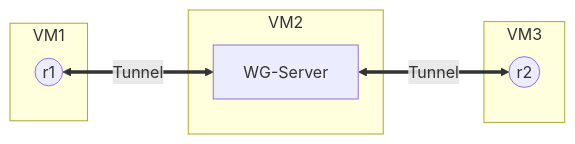
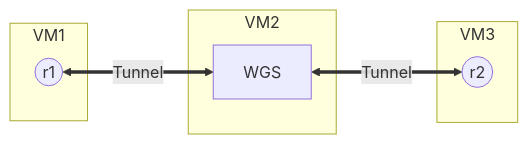
One commit to edgardcunha/freeRouter changed the diagram in wireguard/02/README.md. Above: the diagram before and after it, drawn with Mermaid.

````diff
--- a/wireguard/02/README.md
+++ b/wireguard/02/README.md
@@ -5,14 +5,14 @@
 ```mermaid
 flowchart LR
     subgraph VM1 ["VM1"]
         A((r1))
     end
     subgraph VM2 ["VM2"]
-        B[WG-Server]
+        B[WGS]
     end
     subgraph VM3 ["VM3"]
         C((r2))
     end
     A <==>| Tunnel | B
     B <==>| Tunnel | C
 ```
````
